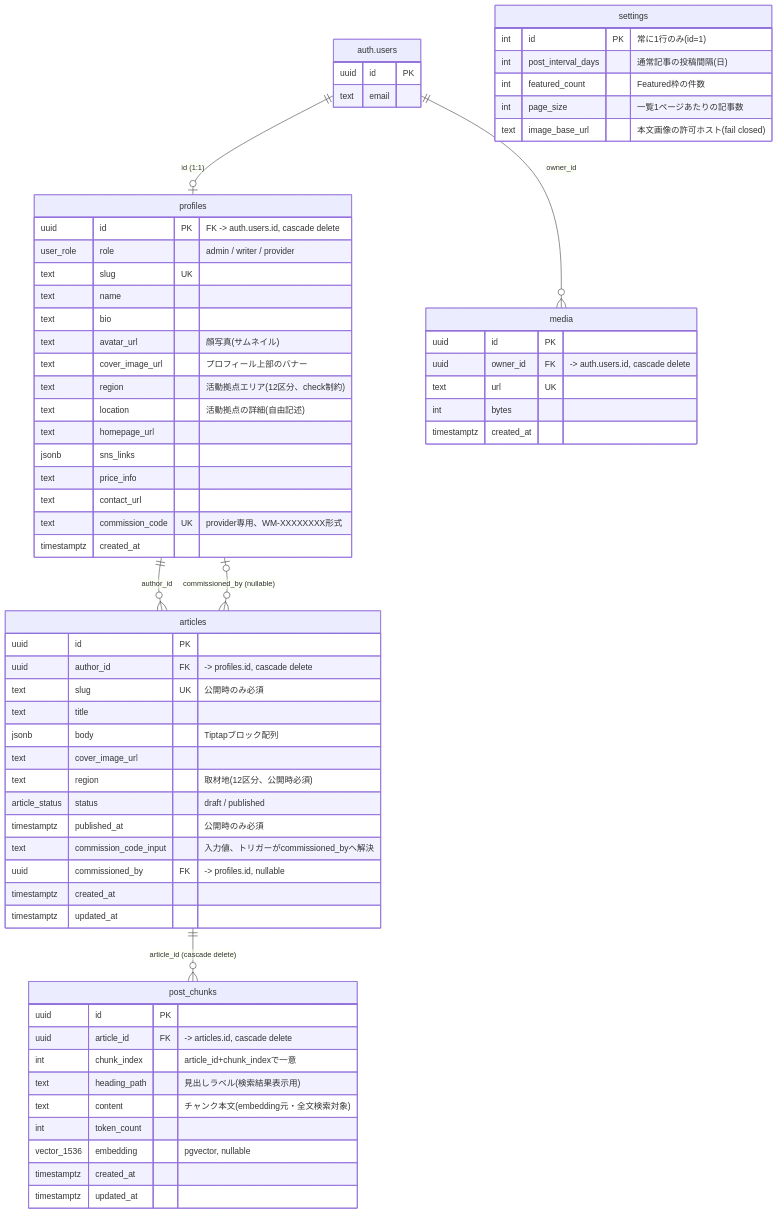
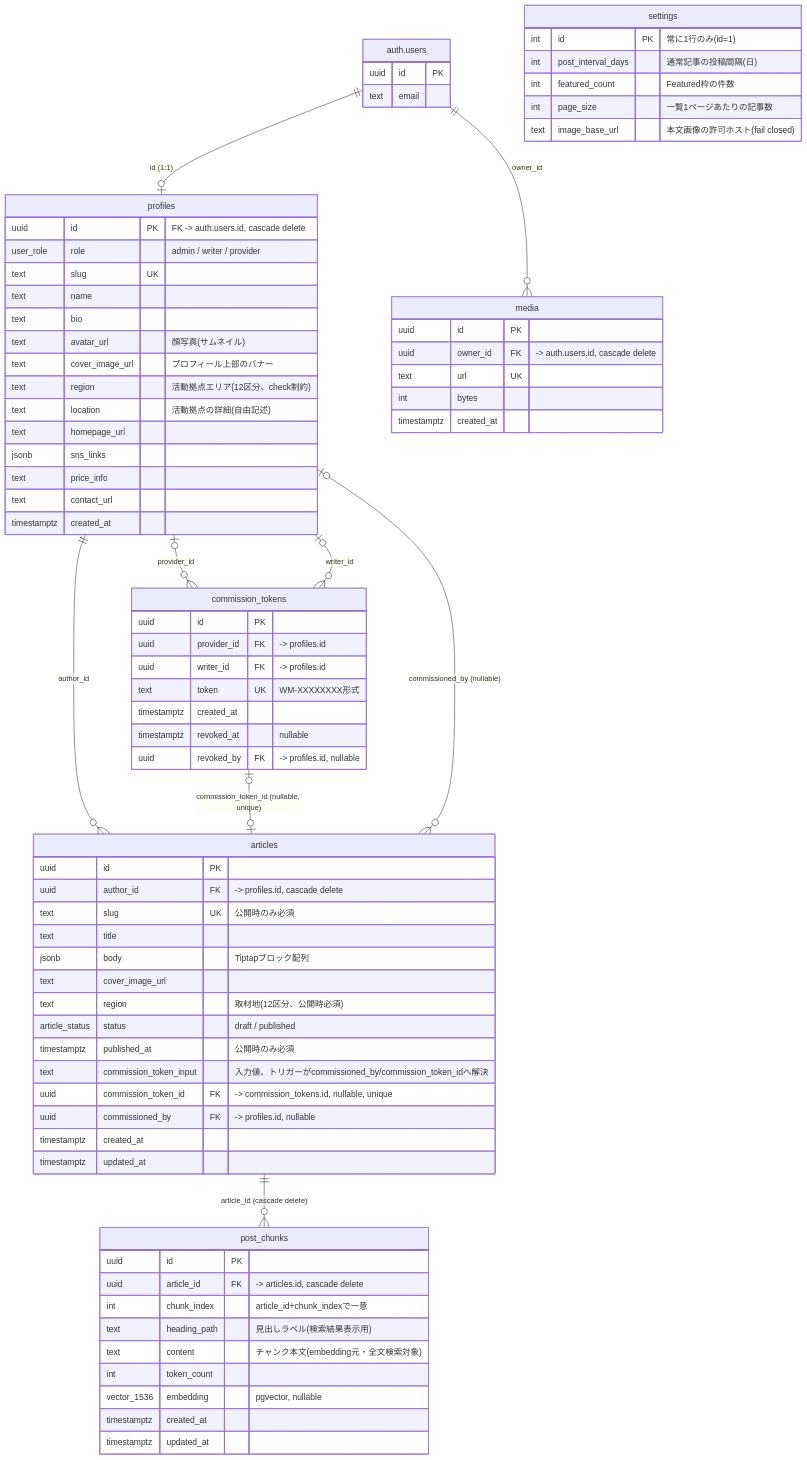
One commit to whimCrouwel/wyld-media changed the diagram in docs/DATABASE.md. Above: the diagram before and after it, drawn with Mermaid. The commit also changed other lines of this file and 1 other file, not shown here.

Commit message:
docs: update ARCHITECTURE.md and docs/DATABASE.md for commission tokens

```diff
--- a/docs/DATABASE.md
+++ b/docs/DATABASE.md
@@ -7,6 +7,9 @@
     "auth.users" ||--o| profiles : "id (1:1)"
     "auth.users" ||--o{ media : "owner_id"
     profiles ||--o{ articles : "author_id"
+    profiles |o--o{ commission_tokens : "provider_id"
+    profiles |o--o{ commission_tokens : "writer_id"
+    commission_tokens |o--o| articles : "commission_token_id (nullable, unique)"
     profiles |o--o{ articles : "commissioned_by (nullable)"
     articles ||--o{ post_chunks : "article_id (cascade delete)"
 
@@ -29,7 +32,6 @@
         jsonb sns_links
         text price_info
         text contact_url
-        text commission_code UK "provider専用、WM-XXXXXXXX形式"
         timestamptz created_at
     }
 
@@ -43,10 +45,21 @@
         text region "取材地(12区分、公開時必須)"
         article_status status "draft / published"
         timestamptz published_at "公開時のみ必須"
-        text commission_code_input "入力値、トリガーがcommissioned_byへ解決"
+        text commission_token_input "入力値、トリガーがcommissioned_by/commission_token_idへ解決"
+        uuid commission_token_id FK "-> commission_tokens.id, nullable, unique"
         uuid commissioned_by FK "-> profiles.id, nullable"
         timestamptz created_at
         timestamptz updated_at
+    }
+
+    commission_tokens {
+        uuid id PK
+        uuid provider_id FK "-> profiles.id"
+        uuid writer_id FK "-> profiles.id"
+        text token UK "WM-XXXXXXXX形式"
+        timestamptz created_at
+        timestamptz revoked_at "nullable"
+        uuid revoked_by FK "-> profiles.id, nullable"
     }
 
     settings {
```
